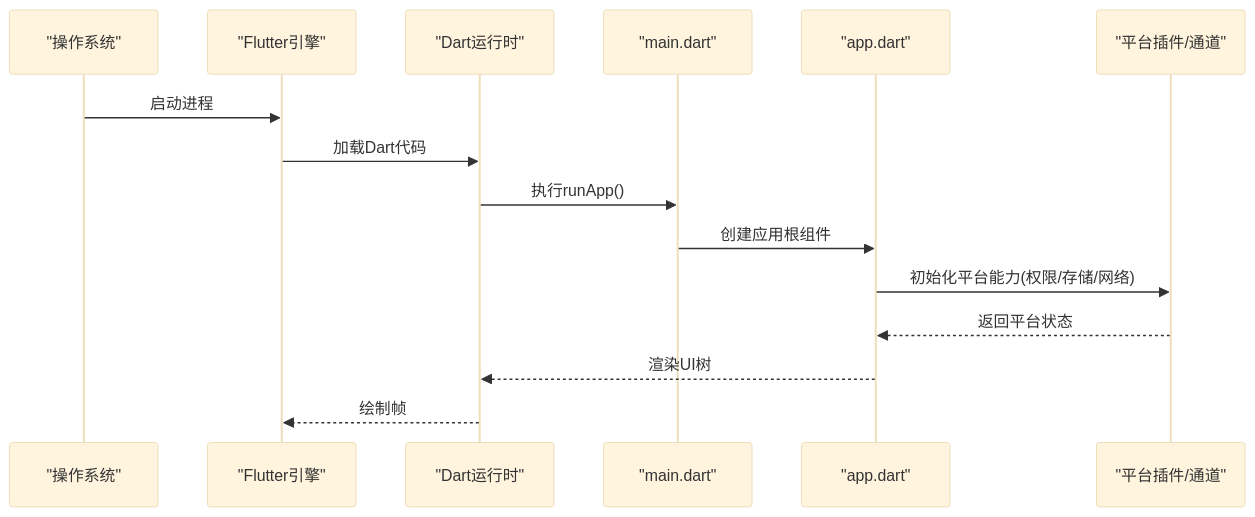
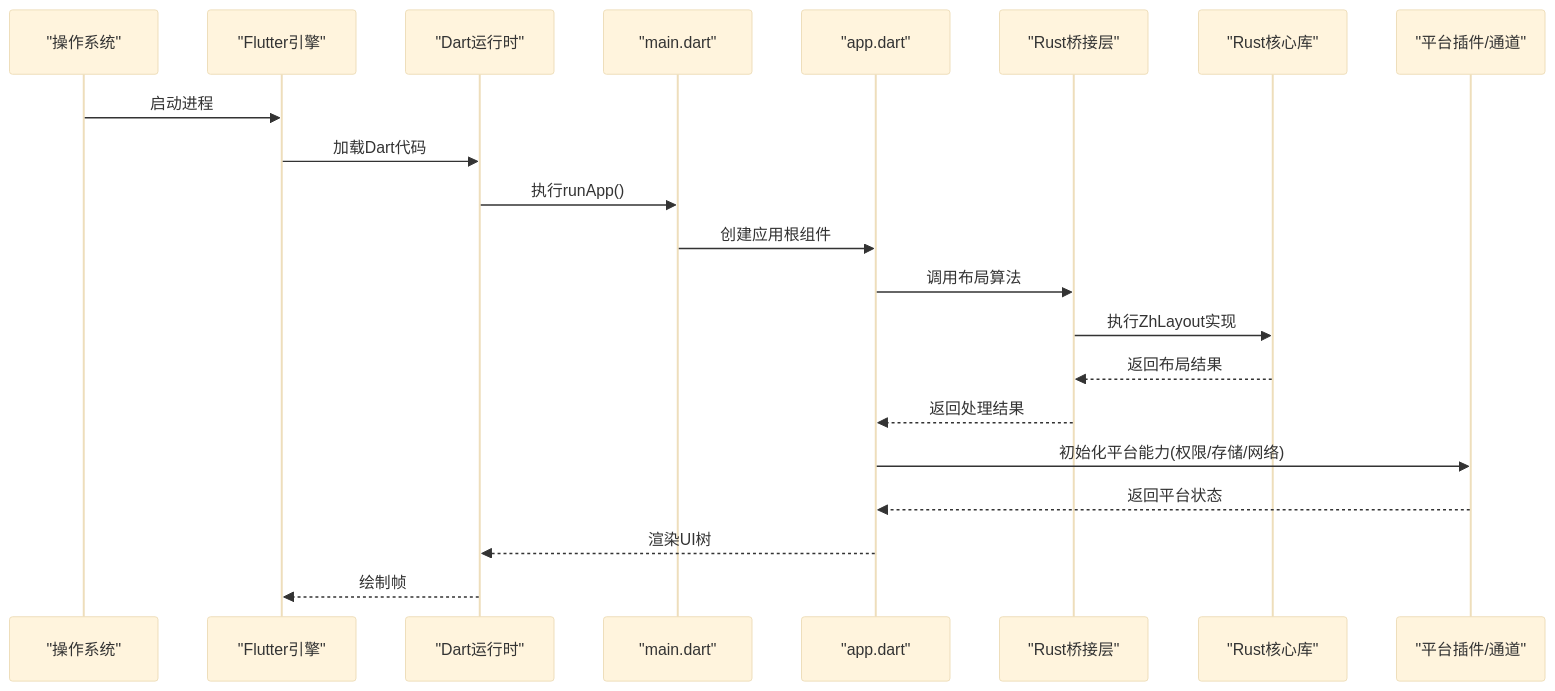
The second of 4 diagrams in .qoder/repowiki/zh/content/Flutter跨平台应用/项目结构和组织.md (ZhangGHGitHub/LegadoTeamFlutter), drawn with Mermaid (base theme) before and after one commit. The commit also changed other lines of this file and 66 other files, not shown here.

````diff
--- a/.qoder/repowiki/zh/content/Flutter跨平台应用/项目结构和组织.md
+++ b/.qoder/repowiki/zh/content/Flutter跨平台应用/项目结构和组织.md
@@ -91,17 +102,23 @@
 ```mermaid
 sequenceDiagram
 participant OS as "操作系统"
 participant Engine as "Flutter引擎"
 participant Dart as "Dart运行时"
 participant Main as "main.dart"
 participant App as "app.dart"
+participant RustBridge as "Rust桥接层"
+participant RustCore as "Rust核心库"
 participant Platform as "平台插件/通道"
 OS->>Engine : 启动进程
 Engine->>Dart : 加载Dart代码
 Dart->>Main : 执行runApp()
 Main->>App : 创建应用根组件
+App->>RustBridge : 调用布局算法
+RustBridge->>RustCore : 执行ZhLayout实现
+RustCore-->>RustBridge : 返回布局结果
+RustBridge-->>App : 返回处理结果
 App->>Platform : 初始化平台能力(权限/存储/网络)
 Platform-->>App : 返回平台状态
 App-->>Dart : 渲染UI树
 Dart-->>Engine : 绘制帧
 ```
````
